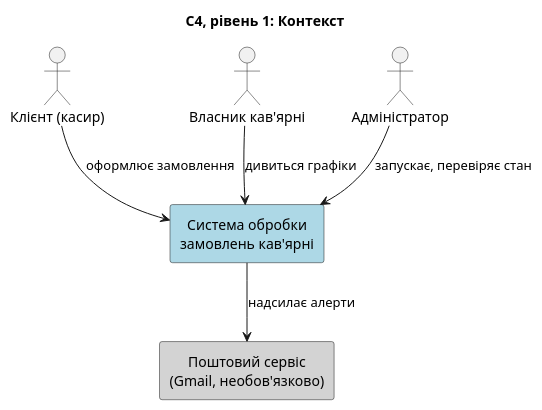
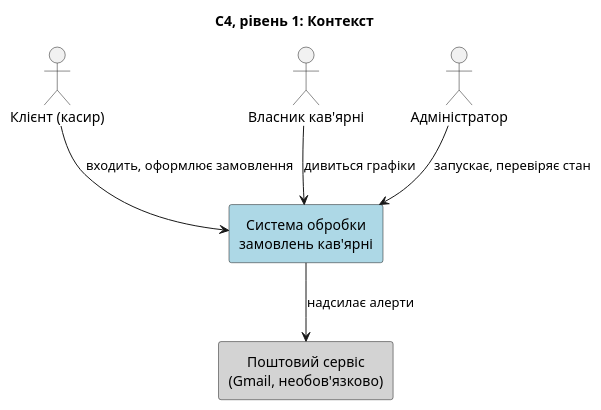
The diagram in docs/diagrams/c4-1-context.puml (Kirrik1920/coffee-shop-information-system), drawn with PlantUML before and after one commit. The commit also changed 34 other files, not shown here.

```diff
--- a/docs/diagrams/c4-1-context.puml
+++ b/docs/diagrams/c4-1-context.puml
@@ -1,17 +1,17 @@
 @startuml
 title C4, рівень 1: Контекст
 skinparam defaultTextAlignment center
 skinparam shadowing false
 
 actor "Клієнт (касир)" as client
 actor "Власник кав'ярні" as owner
 actor "Адміністратор" as admin
 
 rectangle "Система обробки\nзамовлень кав'ярні" as system #LightBlue
 rectangle "Поштовий сервіс\n(Gmail, необов'язково)" as mail #LightGray
 
-client --> system : оформлює замовлення
+client --> system : входить, оформлює замовлення
 owner --> system : дивиться графіки
 admin --> system : запускає, перевіряє стан
 system --> mail : надсилає алерти
 @enduml
```
